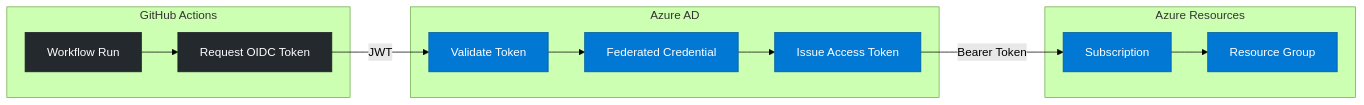
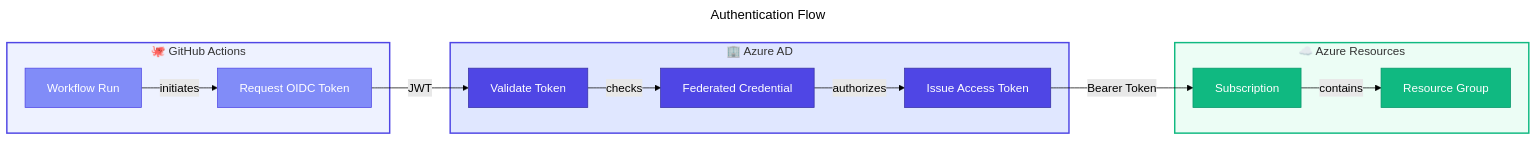
The fifth of 7 diagrams in docs/architecture/07-deployment-architecture.md (Evilazaro/DevExp-DevBox), drawn with Mermaid (forest theme) before and after one commit. The commit also changed other lines of this file, not shown here.

Commit message:
Enhance high-level architecture diagrams in deployment documentation for improved clarity and detail, including refined connections and node styles.

````diff
--- a/docs/architecture/07-deployment-architecture.md
+++ b/docs/architecture/07-deployment-architecture.md
@@ -272,31 +314,46 @@
 ```mermaid
+---
+title: Authentication Flow
+---
 flowchart LR
-    subgraph "GitHub Actions"
+    %% ===== GITHUB ACTIONS =====
+    subgraph GitHub["🐙 GitHub Actions"]
         GH1["Workflow Run"]
         GH2["Request OIDC Token"]
+        GH1 -->|initiates| GH2
     end
 
-    subgraph "Azure AD"
+    %% ===== AZURE AD =====
+    subgraph AzureAD["🏢 Azure AD"]
         AD1["Validate Token"]
         AD2["Issue Access Token"]
         AD3["Federated Credential"]
+        AD1 -->|checks| AD3
+        AD3 -->|authorizes| AD2
     end
 
-    subgraph "Azure Resources"
+    %% ===== AZURE RESOURCES =====
+    subgraph AzureRes["☁️ Azure Resources"]
         AZ1["Subscription"]
         AZ2["Resource Group"]
+        AZ1 -->|contains| AZ2
     end
 
-    GH1 --> GH2
-    GH2 --> |"JWT"| AD1
-    AD1 --> AD3
-    AD3 --> AD2
-    AD2 --> |"Bearer Token"| AZ1
-    AZ1 --> AZ2
+    %% ===== CONNECTIONS =====
+    GH2 -->|JWT| AD1
+    AD2 -->|Bearer Token| AZ1
 
-    classDef github fill:#24292E,stroke:#1B1F23,color:#fff
-    classDef azure fill:#0078D4,stroke:#005A9E,color:#fff
+    %% ===== NODE STYLES =====
+    classDef trigger fill:#818CF8,stroke:#4F46E5,color:#FFFFFF
+    classDef primary fill:#4F46E5,stroke:#3730A3,color:#FFFFFF
+    classDef secondary fill:#10B981,stroke:#059669,color:#FFFFFF
 
-    class GH1,GH2 github
-    class AD1,AD2,AD3,AZ1,AZ2 azure
+    class GH1,GH2 trigger
+    class AD1,AD2,AD3 primary
+    class AZ1,AZ2 secondary
+
+    %% ===== SUBGRAPH STYLES =====
+    style GitHub fill:#EEF2FF,stroke:#4F46E5,stroke-width:2px
+    style AzureAD fill:#E0E7FF,stroke:#4F46E5,stroke-width:2px
+    style AzureRes fill:#ECFDF5,stroke:#10B981,stroke-width:2px
 ```
````
